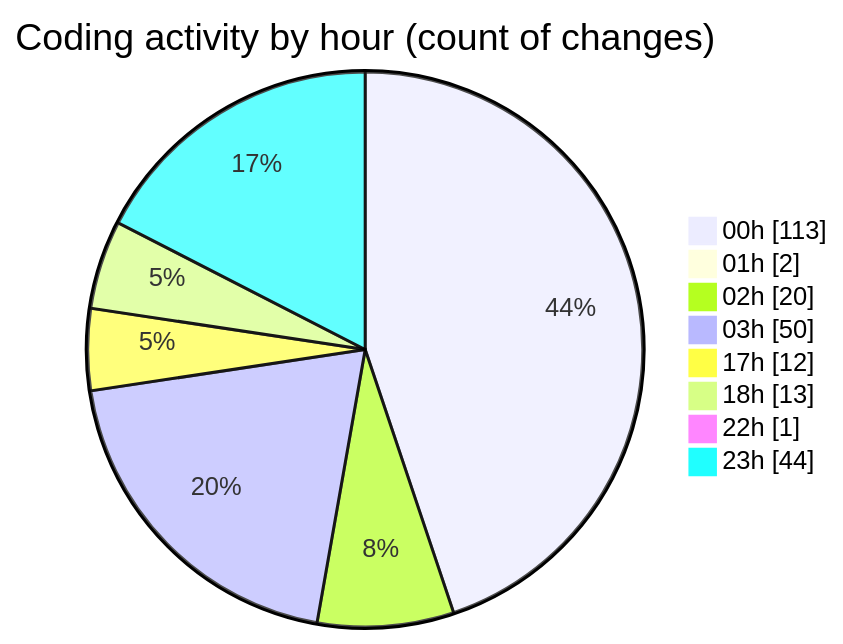
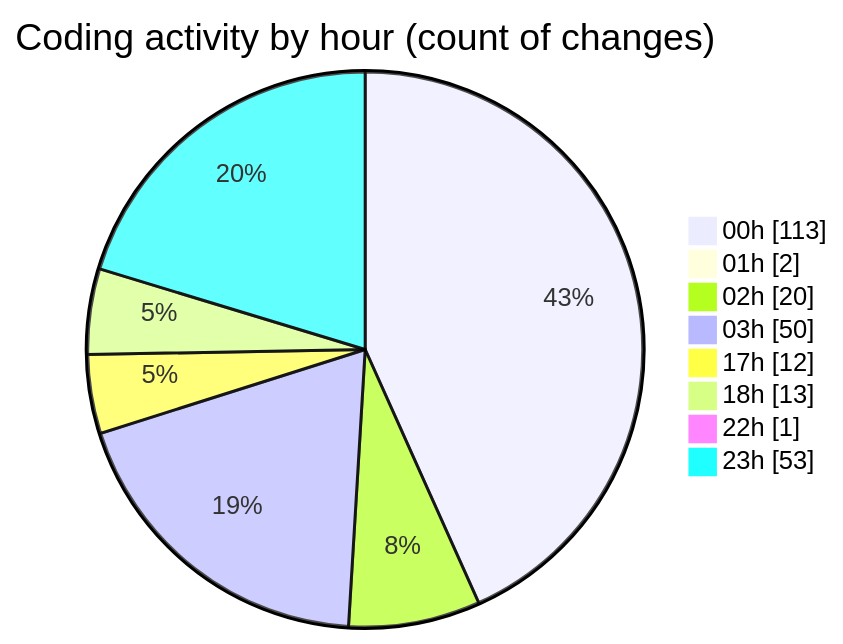
One commit to lephambinh05/code-tracking changed the second of 2 diagrams in 2025-08-06/napxuvn/README.md. Above: the diagram before and after it, drawn with Mermaid. The commit also changed other lines of this file and 1 other file, not shown here.

````diff
--- a/2025-08-06/napxuvn/README.md
+++ b/2025-08-06/napxuvn/README.md
@@ -137,12 +138,12 @@
 ```mermaid
 pie showData
 title Coding activity by hour (count of changes)
 "00h" : 113
 "01h" : 2
 "02h" : 20
 "03h" : 50
 "17h" : 12
 "18h" : 13
 "22h" : 1
-"23h" : 44
+"23h" : 53
 ```
````
